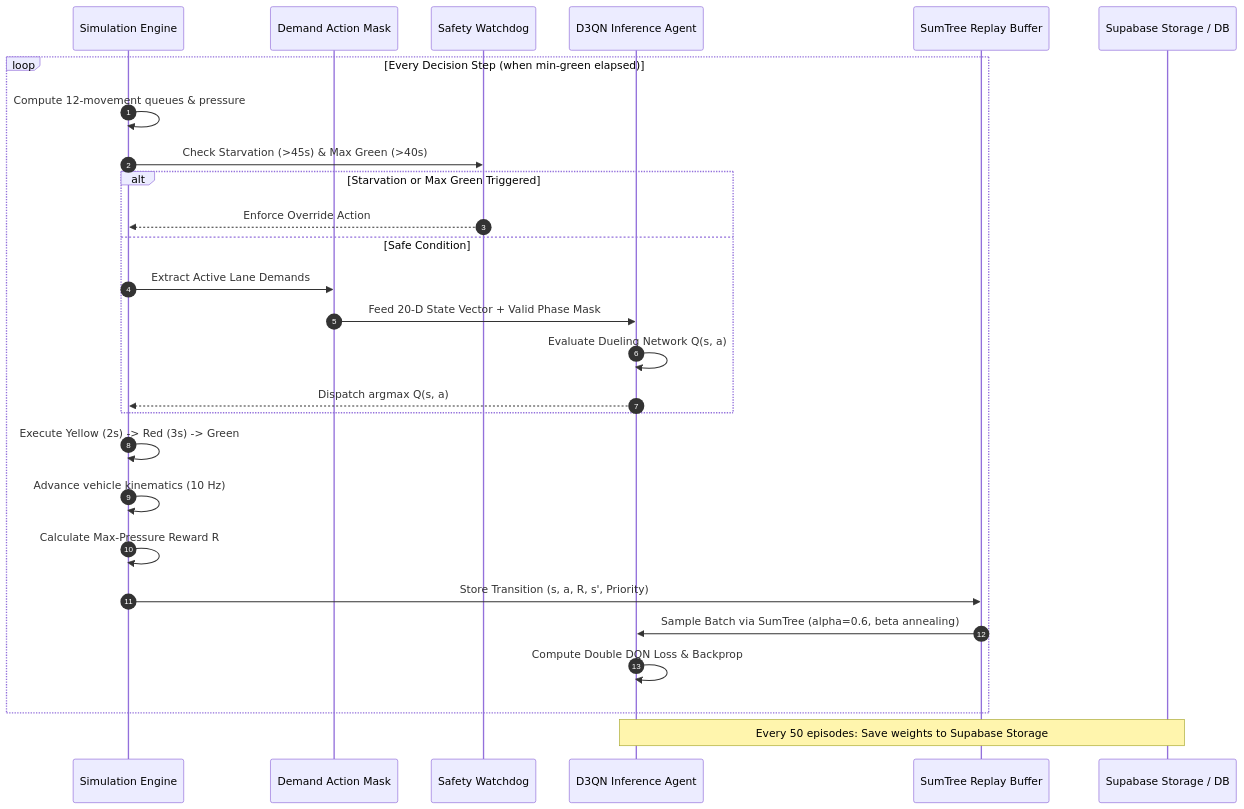
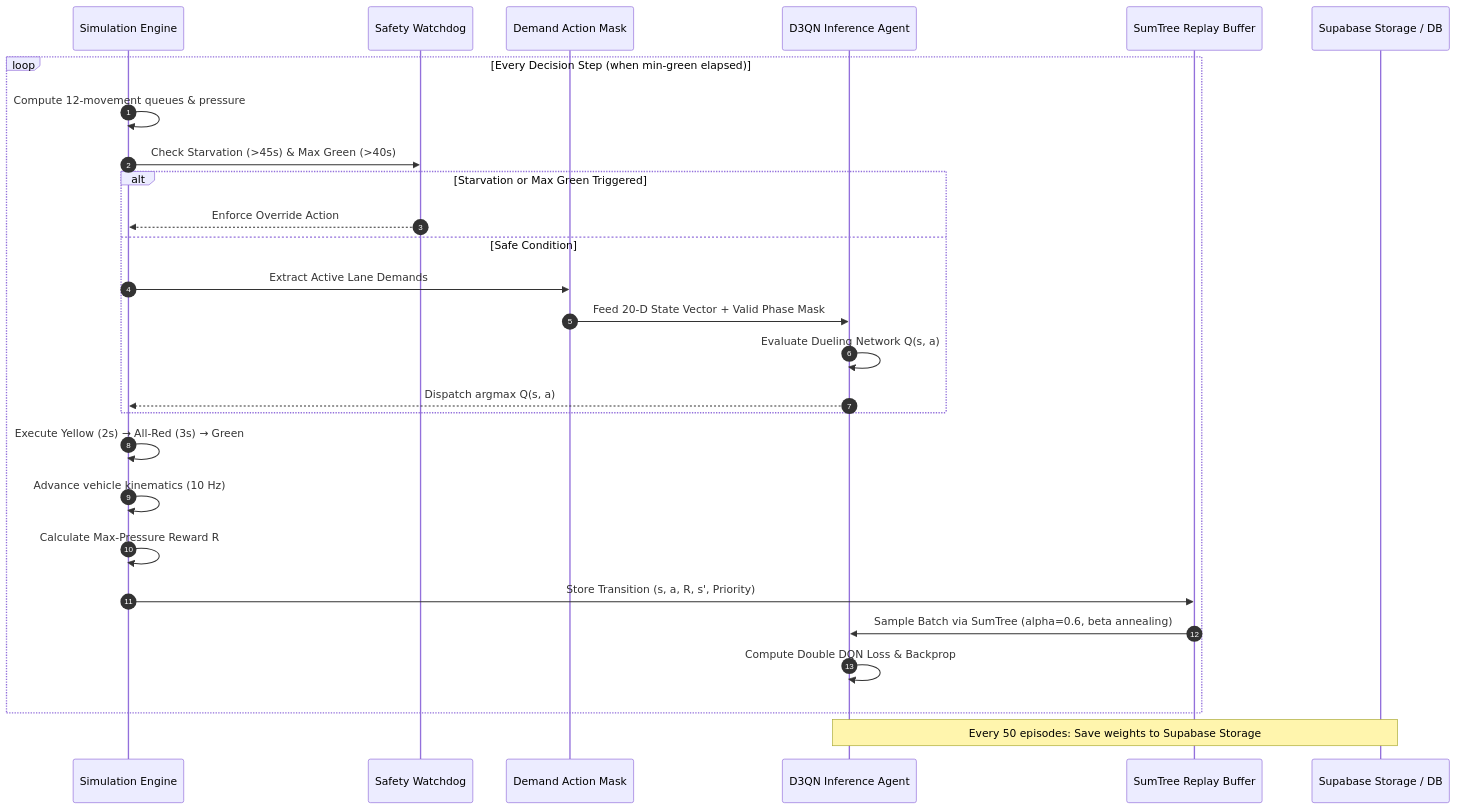
The third of 4 diagrams in README.md (Sri-dinesh/FlowSync), drawn with Mermaid before and after one commit. The commit also changed other lines of this file, not shown here.

````diff
--- a/README.md
+++ b/README.md
@@ -202,30 +253,30 @@
 ```mermaid
 sequenceDiagram
     autonumber
     participant Sim as Simulation Engine
+    participant Watchdog as Safety Watchdog
     participant Mask as Demand Action Mask
-    participant Watchdog as Safety Watchdog
     participant Agent as D3QN Inference Agent
     participant PER as SumTree Replay Buffer
     participant DB as Supabase Storage / DB
 
     loop Every Decision Step (when min-green elapsed)
         Sim->>Sim: Compute 12-movement queues & pressure
         Sim->>Watchdog: Check Starvation (>45s) & Max Green (>40s)
         alt Starvation or Max Green Triggered
             Watchdog-->>Sim: Enforce Override Action
         else Safe Condition
             Sim->>Mask: Extract Active Lane Demands
             Mask->>Agent: Feed 20-D State Vector + Valid Phase Mask
             Agent->>Agent: Evaluate Dueling Network Q(s, a)
             Agent-->>Sim: Dispatch argmax Q(s, a)
         end
-        Sim->>Sim: Execute Yellow (2s) -> Red (3s) -> Green
+        Sim->>Sim: Execute Yellow (2s) → All-Red (3s) → Green
         Sim->>Sim: Advance vehicle kinematics (10 Hz)
         Sim->>Sim: Calculate Max-Pressure Reward R
         Sim->>PER: Store Transition (s, a, R, s', Priority)
         PER->>Agent: Sample Batch via SumTree (alpha=0.6, beta annealing)
         Agent->>Agent: Compute Double DQN Loss & Backprop
     end
     Note over Agent,DB: Every 50 episodes: Save weights to Supabase Storage
 ```
````
